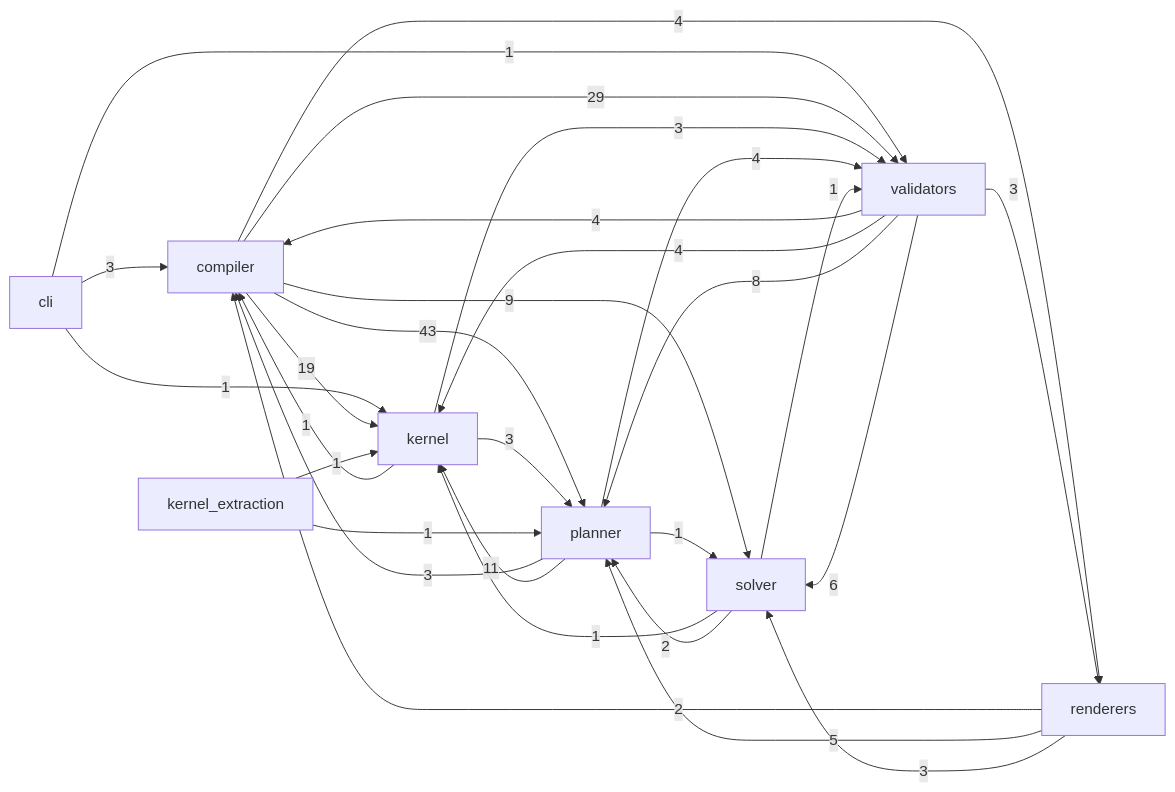
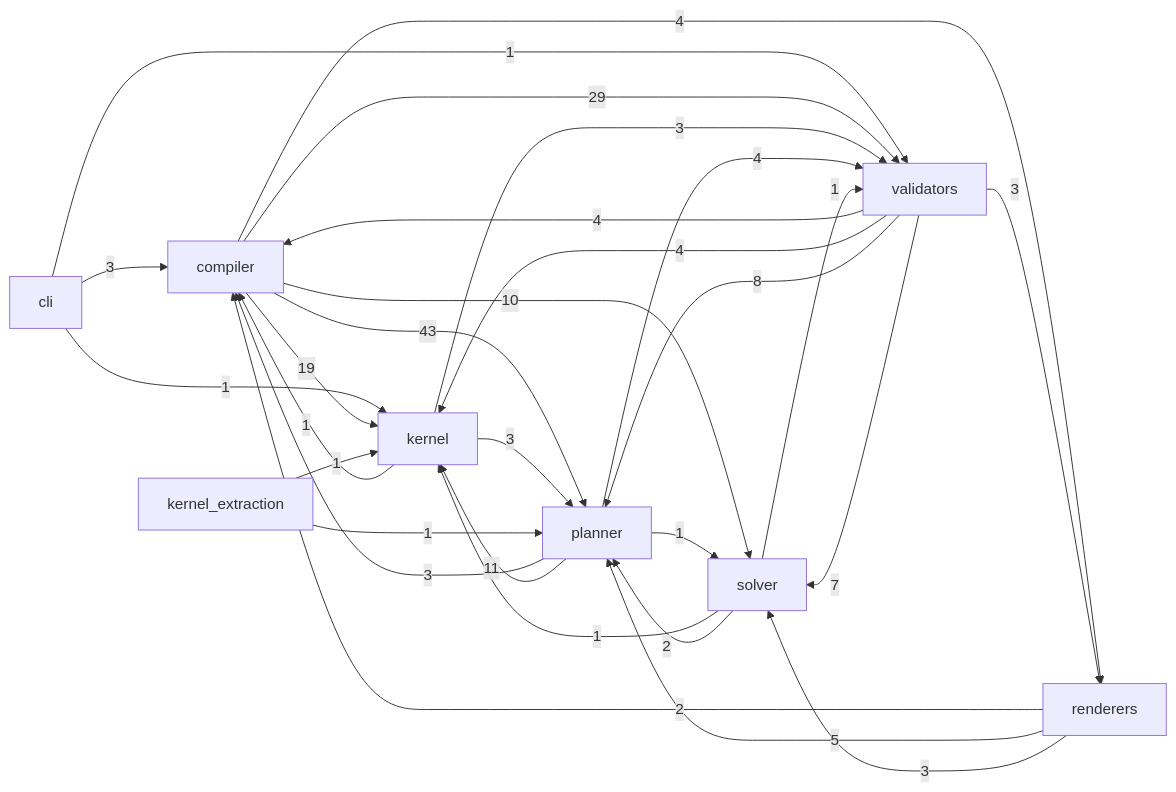
The diagram in docs/reference/code.md (Kingsley-Cyber/cinematic-compiler-core), drawn with Mermaid before and after one commit. The commit also changed other lines of this file and 64 other files, not shown here.

````diff
--- a/docs/reference/code.md
+++ b/docs/reference/code.md
@@ -15,31 +15,31 @@
 ```mermaid
 flowchart LR
   cli -->|3| compiler
   cli -->|1| kernel
   cli -->|1| validators
   compiler -->|19| kernel
   compiler -->|43| planner
   compiler -->|4| renderers
-  compiler -->|9| solver
+  compiler -->|10| solver
   compiler -->|29| validators
   kernel -->|1| compiler
   kernel -->|3| planner
   kernel -->|3| validators
   kernel_extraction -->|1| kernel
   kernel_extraction -->|1| planner
   planner -->|3| compiler
   planner -->|11| kernel
   planner -->|1| solver
   planner -->|4| validators
   renderers -->|2| compiler
   renderers -->|5| planner
   renderers -->|3| solver
   solver -->|1| kernel
   solver -->|2| planner
   solver -->|1| validators
   validators -->|4| compiler
   validators -->|4| kernel
   validators -->|8| planner
   validators -->|3| renderers
-  validators -->|6| solver
+  validators -->|7| solver
 ```
````
